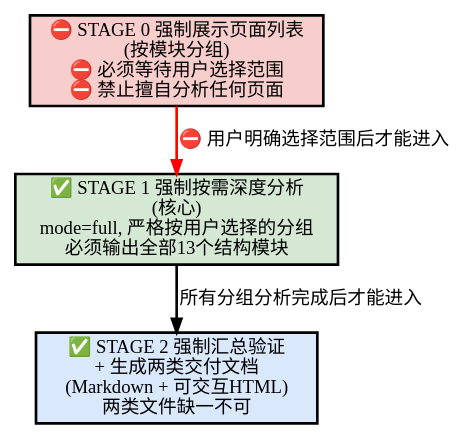
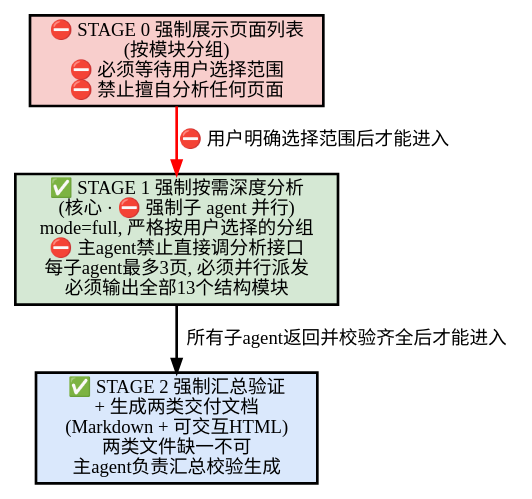
One commit to BlackFlame-plus/Flame-Skills changed the second of 2 diagrams in plugins/ui-or-prd-tool/skills/lanhu-requirements/SKILL.md. Above: the diagram before and after it, drawn with Graphviz. The commit also changed other lines of this file and 3 other files, not shown here.

First line of the commit message:
feat(lanhu): v1.9.0 - STAGE 1 强制子 agent 并行分析防止上下文爆炸

````diff
--- a/plugins/ui-or-prd-tool/skills/lanhu-requirements/SKILL.md
+++ b/plugins/ui-or-prd-tool/skills/lanhu-requirements/SKILL.md
@@ -211,13 +256,13 @@
 ```dot
 digraph workflow {
     rankdir=TB;
     node [shape=box, style="filled,bold", fillcolor="#e8f4f8"];
 
     s0 [label="⛔ STAGE 0 强制展示页面列表\n(按模块分组)\n⛔ 必须等待用户选择范围\n⛔ 禁止擅自分析任何页面", fillcolor="#f8cecc"];
-    s1 [label="✅ STAGE 1 强制按需深度分析\n(核心)\nmode=full, 严格按用户选择的分组\n必须输出全部13个结构模块", fillcolor="#d5e8d4"];
-    s2 [label="✅ STAGE 2 强制汇总验证\n+ 生成两类交付文档\n(Markdown + 可交互HTML)\n两类文件缺一不可", fillcolor="#dae8fc"];
+    s1 [label="✅ STAGE 1 强制按需深度分析\n(核心 · ⛔ 强制子 agent 并行)\nmode=full, 严格按用户选择的分组\n⛔ 主agent禁止直接调分析接口\n每子agent最多3页, 必须并行派发\n必须输出全部13个结构模块", fillcolor="#d5e8d4"];
+    s2 [label="✅ STAGE 2 强制汇总验证\n+ 生成两类交付文档\n(Markdown + 可交互HTML)\n两类文件缺一不可\n主agent负责汇总校验生成", fillcolor="#dae8fc"];
 
     s0 -> s1 [label="⛔ 用户明确选择范围后才能进入", style="bold", color="red"];
-    s1 -> s2 [label="所有分组分析完成后才能进入", style="bold"];
+    s1 -> s2 [label="所有子agent返回并校验齐全后才能进入", style="bold"];
 }
 ```
````
